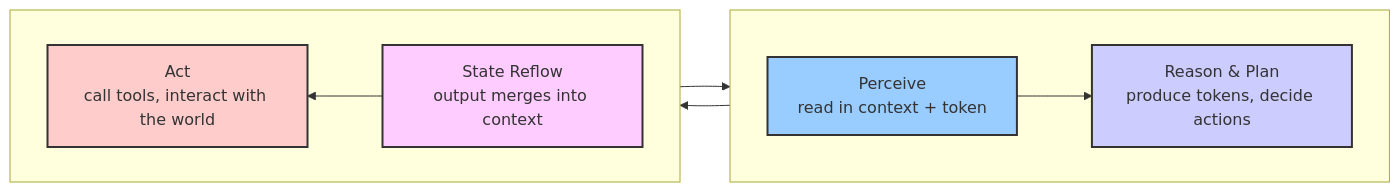
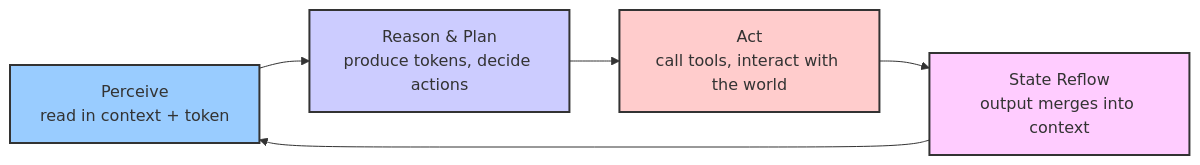
One commit to pinpawo/pinpawo-agent changed the second of 2 diagrams in README.md. Above: the diagram before and after it, drawn with Mermaid. The commit also changed other lines of this file, not shown here.

Commit message:
docs: simplify cycle diagrams to pure flowchart loops without subgraph

````diff
--- a/README.md
+++ b/README.md
@@ -41,17 +35,11 @@
 ```mermaid
 flowchart LR
-    subgraph TOP [" "]
-        direction LR
-        P["Perceive<br/>read in context + token"] --> R["Reason & Plan<br/>produce tokens, decide actions"]
-    end
-    subgraph BOTTOM [" "]
-        direction RL
-        SR["State Reflow<br/>output merges into context"] --> A["Act<br/>call tools, interact with the world"]
-    end
-    R --> A
+    P["Perceive<br/>read in context + token"] --> R["Reason & Plan<br/>produce tokens, decide actions"]
+    R --> A["Act<br/>call tools, interact with the world"]
+    A --> SR["State Reflow<br/>output merges into context"]
     SR --> P
     style P fill:#9cf,stroke:#333,stroke-width:2px
     style R fill:#ccf,stroke:#333,stroke-width:2px
     style A fill:#fcc,stroke:#333,stroke-width:2px
     style SR fill:#fcf,stroke:#333,stroke-width:2px
 ```
````
